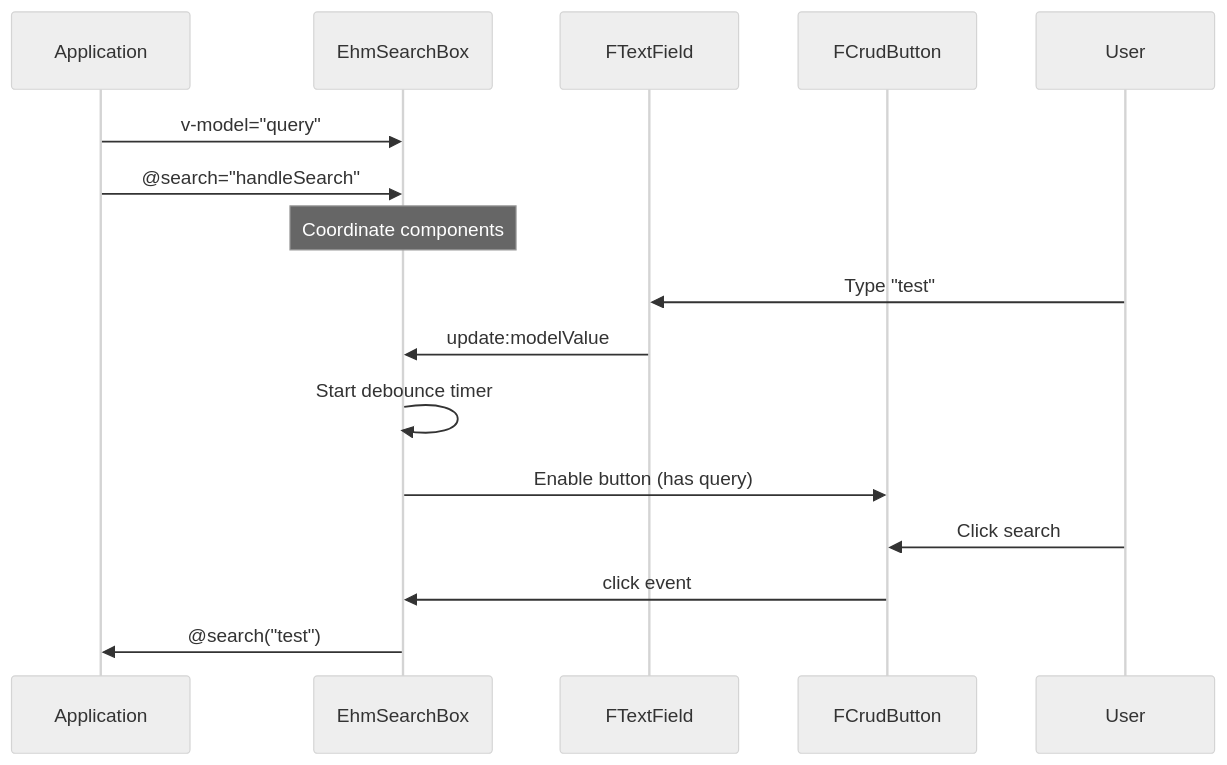
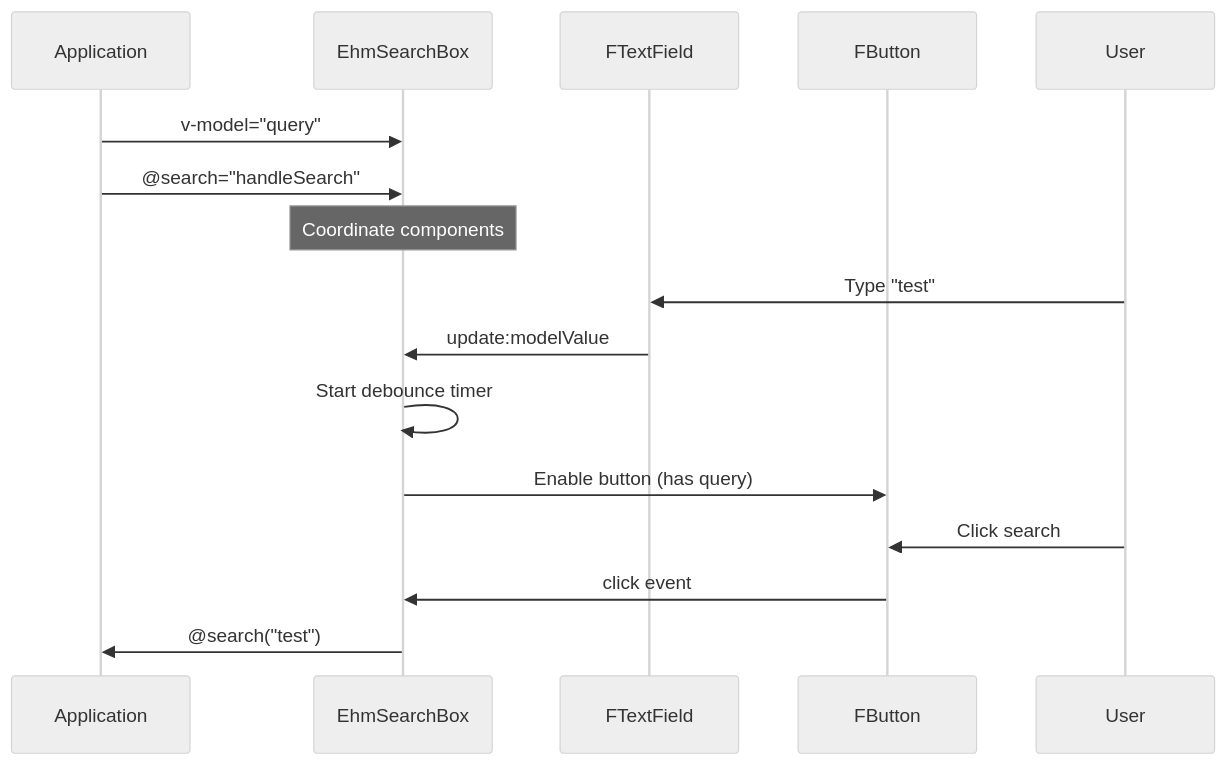
The second of 2 diagrams in docs/architecture/composition.md (pattespatte/ehmds-on-fkui-test), drawn with Mermaid (neutral theme) before and after one commit. The commit also changed other lines of this file and 27 other files, not shown here.

````diff
--- a/docs/architecture/composition.md
+++ b/docs/architecture/composition.md
@@ -85,21 +124,21 @@
 ```mermaid
 sequenceDiagram
     participant App as Application
     participant EHMDS as EhmSearchBox
     participant FText as FTextField
-    participant FBtn as FCrudButton
+    participant FBtn as FButton
 
     App->>EHMDS: v-model="query"
     App->>EHMDS: @search="handleSearch"
 
     Note over EHMDS: Coordinate components
 
     User->>FText: Type "test"
     FText->>EHMDS: update:modelValue
     EHMDS->>EHMDS: Start debounce timer
     EHMDS->>FBtn: Enable button (has query)
 
     User->>FBtn: Click search
     FBtn->>EHMDS: click event
     EHMDS->>App: @search("test")
 ```
````
